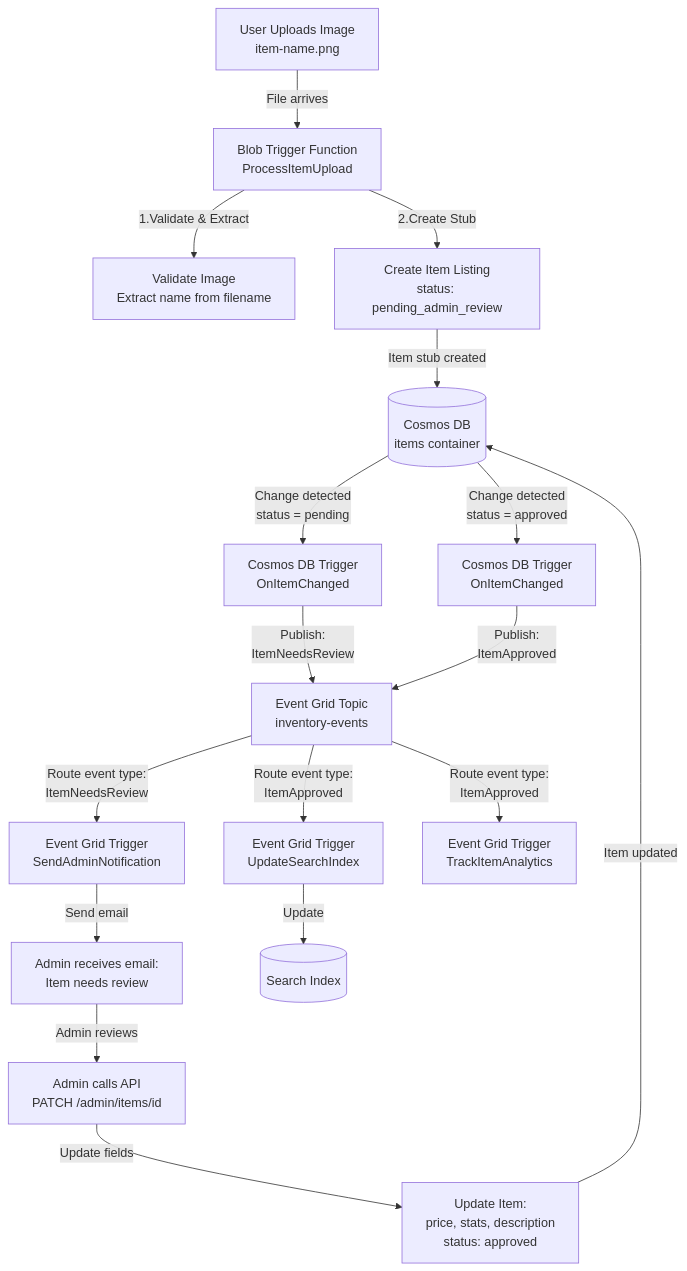
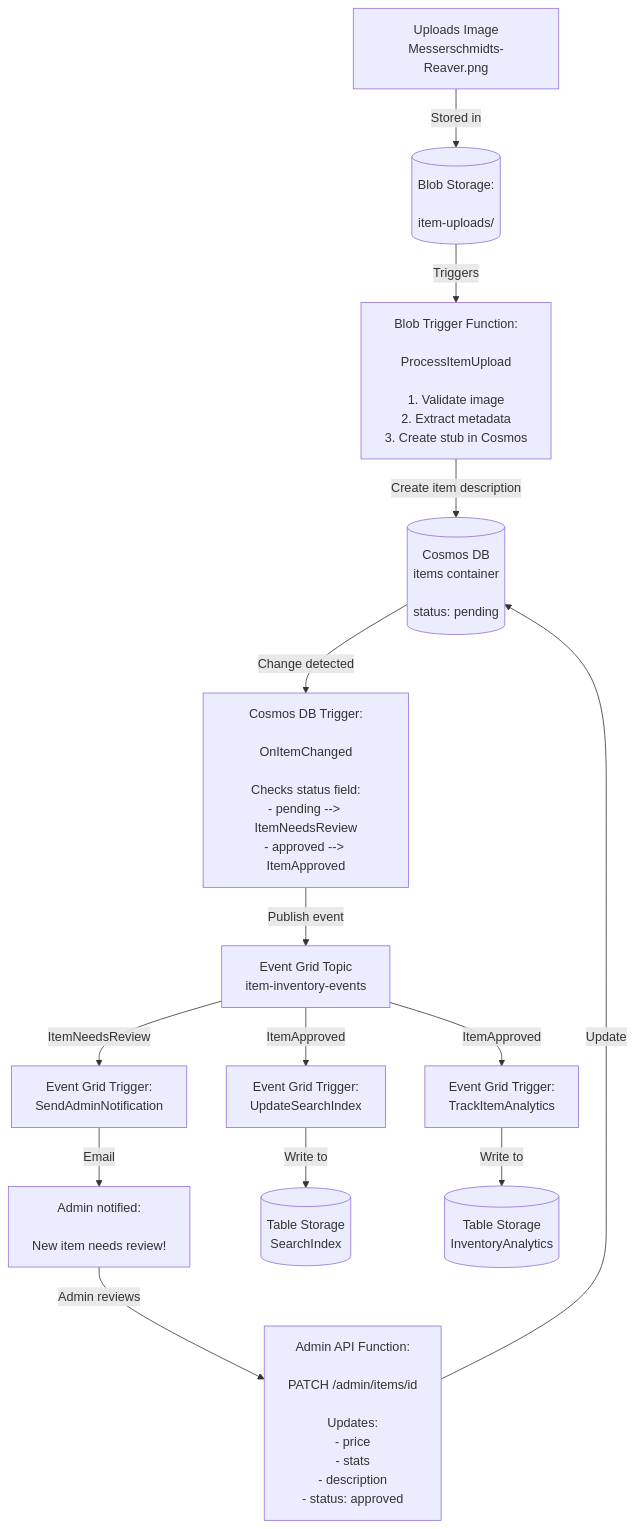
One commit to gruvedrift/azure-functions changed the diagram in 3-Event-Driven-Data-Processing/README.md. Above: the diagram before and after it, drawn with Mermaid. The commit also changed other lines of this file and 4 other files, not shown here.

First line of the commit message:
Work on event grid:

````diff
--- a/3-Event-Driven-Data-Processing/README.md
+++ b/3-Event-Driven-Data-Processing/README.md
@@ -70,34 +69,22 @@
 ```mermaid
 graph TD
-%% Upload Flow
-Upload[User Uploads Image<br/>item-name.png]
+    Upload[Uploads Image<br/>Messerschmidts-Reaver.png]
+    Upload -->|Stored in| BlobStorage[(Blob Storage:</br><br/>item-uploads/)]
+    BlobStorage -->|Triggers| BlobTrigger[Blob Trigger Function:</br><br/>ProcessItemUpload<br/><br/>1. Validate image<br/>2. Extract metadata<br/>3. Create stub in Cosmos]
+    BlobTrigger -->|Create item description| CosmosDB[(Cosmos DB<br/>items container<br/><br/>status: pending)]
+    CosmosDB -->|Change detected| CosmosTrigger[Cosmos DB Trigger:</br><br/>OnItemChanged<br/><br/>Checks status field:<br/>- pending --> ItemNeedsReview<br/>- approved --> ItemApproved]
+    
+    CosmosTrigger -->|Publish event| EventGrid[Event Grid Topic<br/>item-inventory-events]
+    EventGrid -->|ItemNeedsReview|NotifyAdmin[Event Grid Trigger:<br/>SendAdminNotification]
+    NotifyAdmin -->|Email|AdminEmail[Admin notified:</br><br/>New item needs review!]
 
-Upload -->|File arrives|BlobTrigger[Blob Trigger Function<br/>ProcessItemUpload]
+    AdminEmail -->|Admin reviews|AdminAPI[Admin API Function:</br><br/>PATCH /admin/items/id<br/><br/>Updates:<br/>- price<br/>- stats<br/>- description<br/>- status: approved]
+    AdminAPI -->|Update|CosmosDB
 
-BlobTrigger -->|1.Validate & Extract| Validate[Validate Image<br/>Extract name from filename]
-BlobTrigger -->|2.Create Stub|CosmosWrite[Create Item Listing<br/>status: pending_admin_review]
-CosmosWrite -->|Item stub created|CosmosDB[(Cosmos DB<br/>items container)]
+    %% Update Search Index
+    EventGrid -->|ItemApproved|SearchIndex[Event Grid Trigger:<br/>UpdateSearchIndex]
+    EventGrid -->|ItemApproved|Analytics[Event Grid Trigger:<br/>TrackItemAnalytics]
 
-CosmosDB -->|Change detected<br/>status = pending| CosmosTrigger1[Cosmos DB Trigger<br/>OnItemChanged]
-CosmosDB -->|Change detected<br/>status = approved|CosmosTrigger2[Cosmos DB Trigger<br/>OnItemChanged]
-CosmosTrigger1 -->|Publish:<br/>ItemNeedsReview|EventGrid[Event Grid Topic<br/>inventory-events]
-
-EventGrid -->|Route event type:<br/>ItemNeedsReview| NotifyAdmin[Event Grid Trigger<br/>SendAdminNotification]
-
-%% Admin Update Flow
-NotifyAdmin -->|Send email|AdminEmail[Admin receives email:<br/>Item needs review]
-AdminEmail -->|Admin reviews|AdminAPI[Admin calls API<br/>PATCH /admin/items/id]
-
-AdminAPI -->|Update fields|UpdateCosmos[Update Item:<br/>price, stats, description<br/>status: approved]
-UpdateCosmos -->|Item updated|CosmosDB
-
-%% Second Change Trigger - Approved Item
-CosmosTrigger2 -->|Publish:<br/>ItemApproved|EventGrid
-
-%% Multiple Subscribers
-EventGrid -->|Route event type:<br/>ItemApproved|SearchIndex[Event Grid Trigger<br/>UpdateSearchIndex]
-EventGrid -->|Route event type:<br/>ItemApproved|Analytics[Event Grid Trigger<br/>TrackItemAnalytics]
-
-SearchIndex -->|Update|SearchDB[(Search Index)]
-
+    SearchIndex -->|Write to|SearchTable[(Table Storage<br/>SearchIndex)]
+    Analytics -->|Write to|AnalyticsTable[(Table Storage<br/>InventoryAnalytics)]
 ```
````
